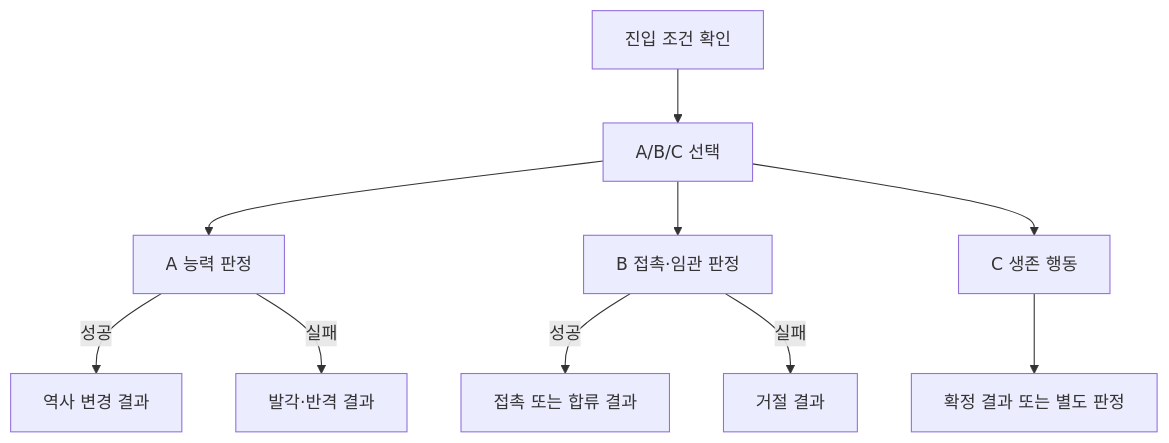
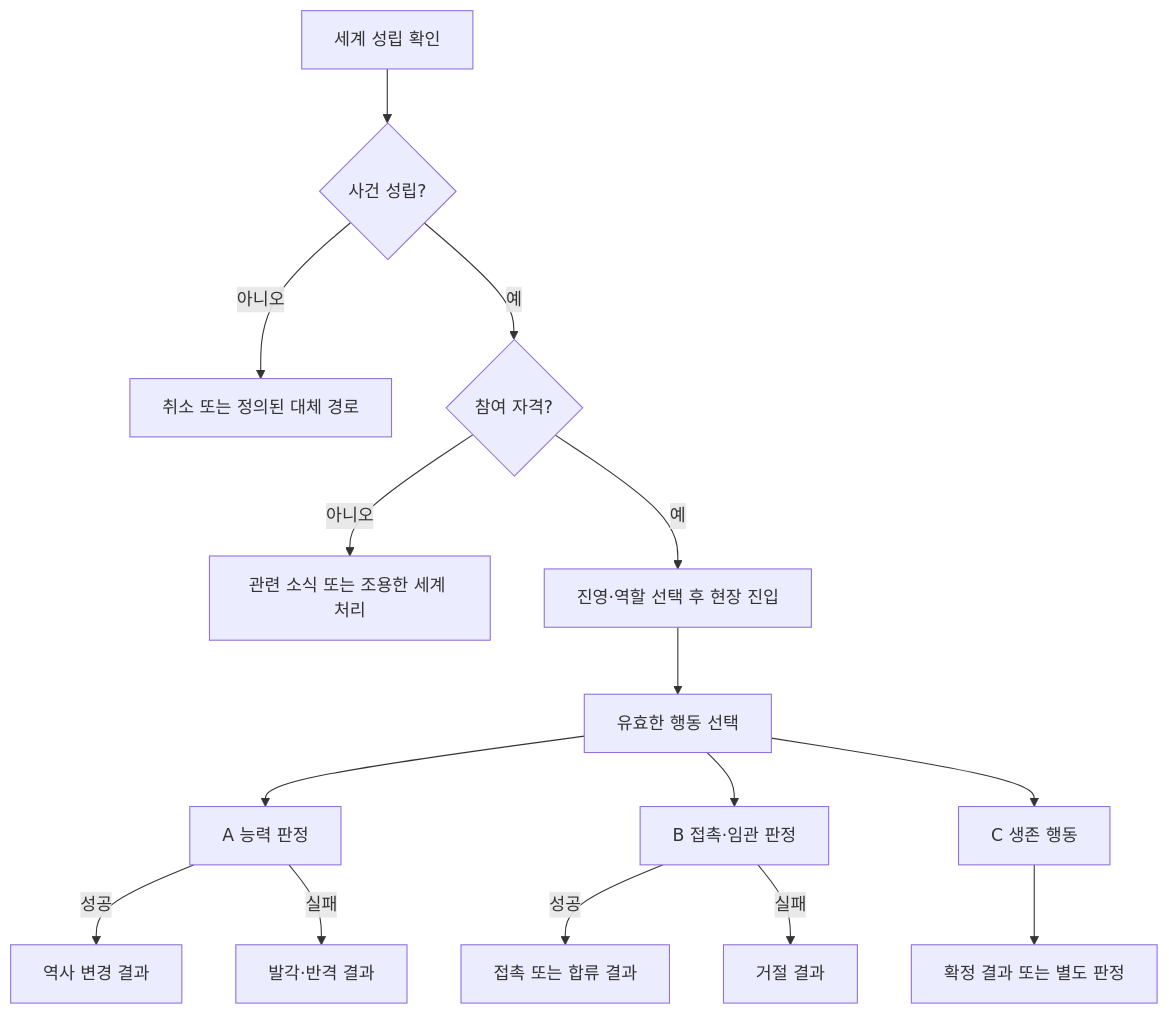
The diagram in .agents/skills/three-kingdoms-flow/references/flow-template.md (evvae-dev/tk-survival), drawn with Mermaid before and after one commit. The commit also changed other lines of this file and 66 other files, not shown here.

````diff
--- a/.agents/skills/three-kingdoms-flow/references/flow-template.md
+++ b/.agents/skills/three-kingdoms-flow/references/flow-template.md
@@ -60,12 +87,17 @@
 ```mermaid
 flowchart TD
-  entry[진입 조건 확인] --> scene[A/B/C 선택]
+  entry[세계 성립 확인] --> valid{사건 성립?}
+  valid -->|아니오| cancel[취소 또는 정의된 대체 경로]
+  valid -->|예| eligible{참여 자격?}
+  eligible -->|아니오| remote[관련 소식 또는 조용한 세계 처리]
+  eligible -->|예| side[진영·역할 선택 후 현장 진입]
+  side --> scene[유효한 행동 선택]
   scene --> a[A 능력 판정]
   scene --> b[B 접촉·임관 판정]
   scene --> c[C 생존 행동]
   a -->|성공| a_ok[역사 변경 결과]
   a -->|실패| a_no[발각·반격 결과]
   b -->|성공| b_ok[접촉 또는 합류 결과]
   b -->|실패| b_no[거절 결과]
   c --> c_done[확정 결과 또는 별도 판정]
 ```
````
